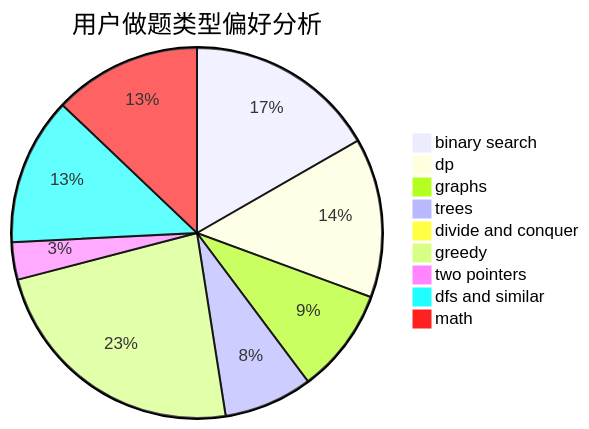
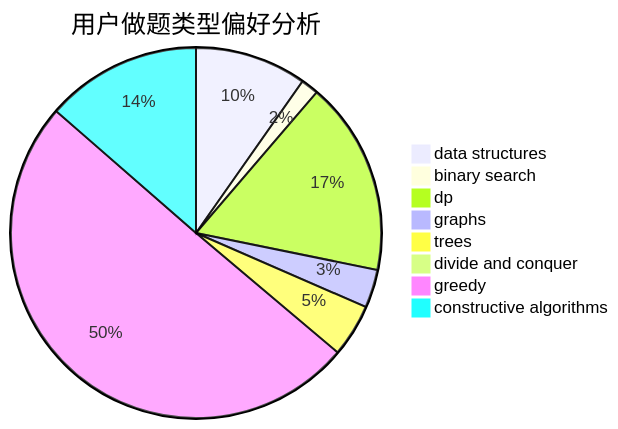
Before and after one commit to sherpahu/cfrs.github.io: the second of 3 diagrams in docs/user/u82.md, drawn with Mermaid. The commit also changed other lines of this file and 2775 other files, not shown here.

````diff
--- a/docs/user/u82.md
+++ b/docs/user/u82.md
@@ -23,12 +23,11 @@
 ```mermaid
 pie title 用户做题类型偏好分析
-    "binary search" :  246
-    "dp" :  205
-    "graphs" :  135
-    "trees" :  114
-    "divide and conquer" :  7
-    "greedy" :  345
-    "two pointers" :  48
-    "dfs and similar" :  190
-    "math" :  190
+    "data structures" :  38
+    "binary search" :  6
+    "dp" :  66
+    "graphs" :  13
+    "trees" :  18
+    "divide and conquer" :  0
+    "greedy" :  196
+    "constructive algorithms" :  53
 ```
````
